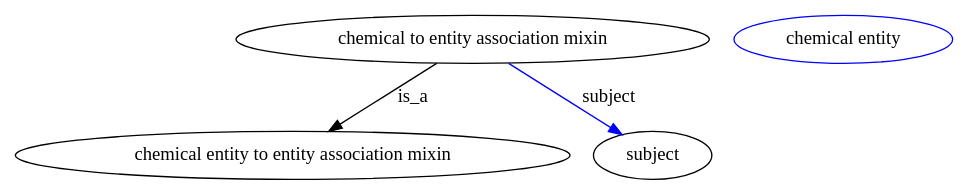
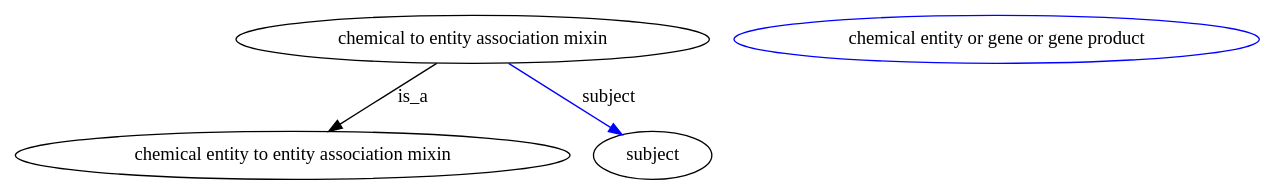
One commit to biolink/biolink-model changed the diagram in graphviz/chemical_to_entity_association_mixin.gv. Above: the diagram before and after it, drawn with Graphviz. The commit also changed 35 other files, not shown here.

```diff
--- a/graphviz/chemical_to_entity_association_mixin.gv
+++ b/graphviz/chemical_to_entity_association_mixin.gv
@@ -1,27 +1,27 @@
 digraph {
-	graph [bb="0,0,701.87,123"];
+	graph [bb="0,0,931.91,123"];
 	node [label="\N"];
 	"chemical to entity association mixin"	[height=0.5,
 		label="chemical to entity association mixin",
 		pos="342.98,105",
 		width=4.9287];
 	"chemical entity to entity association mixin"	[height=0.5,
 		pos="207.98,18",
 		width=5.7773];
 	"chemical to entity association mixin" -> "chemical entity to entity association mixin"	[label=is_a,
 		lp="297.98,61.5",
 		pos="e,234.93,35.967 315.99,87.003 295.2,73.916 266.28,55.708 243.6,41.426"];
 	subject	[height=0.5,
 		pos="477.98,18",
 		width=1.2277];
 	"chemical to entity association mixin" -> subject	[color=blue,
 		label=subject,
 		lp="444.98,61.5",
 		pos="e,455.07,33.424 369.98,87.003 392.08,73.084 423.39,53.374 446.61,38.755",
 		style=solid];
 	"chemical to entity association mixin_subject"	[color=blue,
 		height=0.5,
-		label="chemical entity",
-		pos="619.98,105",
-		width=2.2748];
+		label="chemical entity or gene or gene product",
+		pos="734.98,105",
+		width=5.4703];
 }
```
